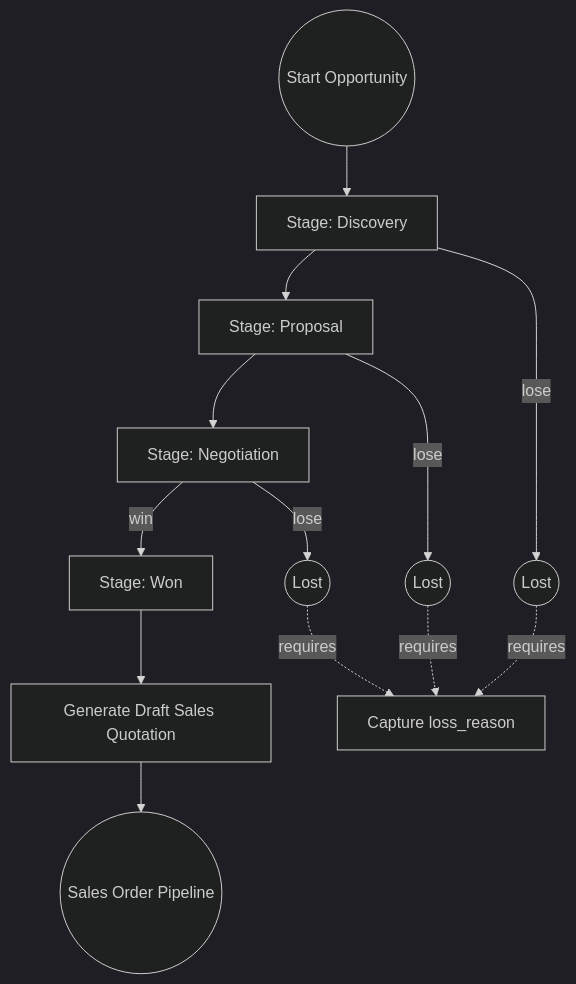
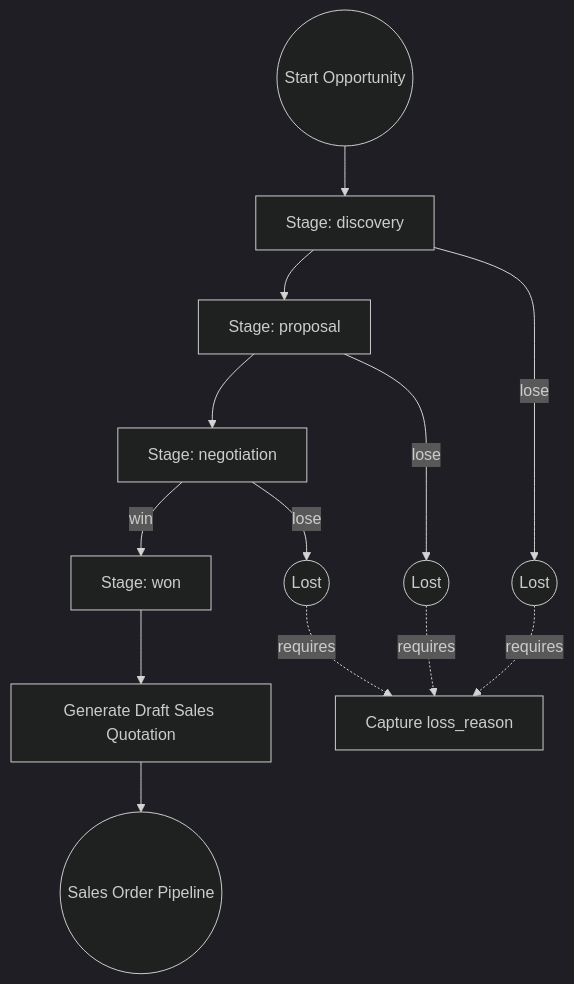
One commit to pphatdev/erp-prompt changed the sixth of 6 diagrams in skills/crm/flow.md. Above: the diagram before and after it, drawn with Mermaid (dark theme). The commit also changed other lines of this file and 16 other files, not shown here.

````diff
--- a/skills/crm/flow.md
+++ b/skills/crm/flow.md
@@ -22,18 +120,18 @@
 ```mermaid
 graph TD
-    Start((Start Opportunity)) --> Disc[Stage: Discovery]
-    Disc --> Prop[Stage: Proposal]
-    Prop --> Nego[Stage: Negotiation]
-    
+    Start((Start Opportunity)) --> Disc[Stage: discovery]
+    Disc --> Prop[Stage: proposal]
+    Prop --> Nego[Stage: negotiation]
+
     Disc -- lose --> L1((Lost))
     Prop -- lose --> L2((Lost))
     Nego -- lose --> L3((Lost))
-    
-    Nego -- win --> W1[Stage: Won]
+
+    Nego -- win --> W1[Stage: won]
     W1 --> Q[Generate Draft Sales Quotation]
     Q --> Finish((Sales Order Pipeline))
-    
+
     L1 -. requires .-> R[Capture loss_reason]
     L2 -. requires .-> R
     L3 -. requires .-> R
 ```
````
